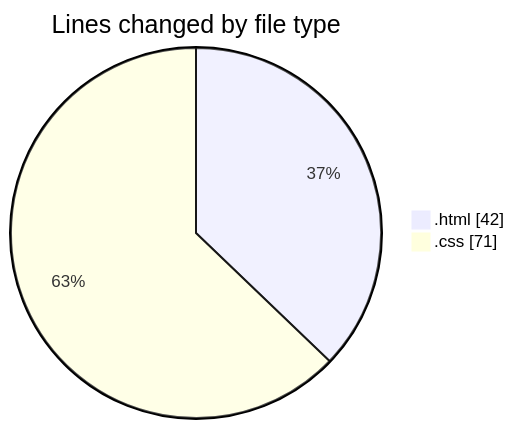
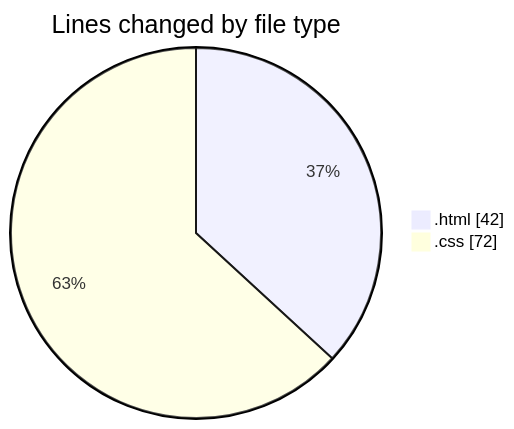
Before and after one commit to robertbonfada/code-tracking: the first of 2 diagrams in 2025-01-10/primeiro-site/README.md, drawn with Mermaid. The commit also changed other lines of this file and 1 other file, not shown here.

````diff
--- a/2025-01-10/primeiro-site/README.md
+++ b/2025-01-10/primeiro-site/README.md
@@ -22,6 +22,6 @@
 ```mermaid
 pie showData
 title Lines changed by file type
 ".html" : 42
-".css" : 71
+".css" : 72
 ```
````
